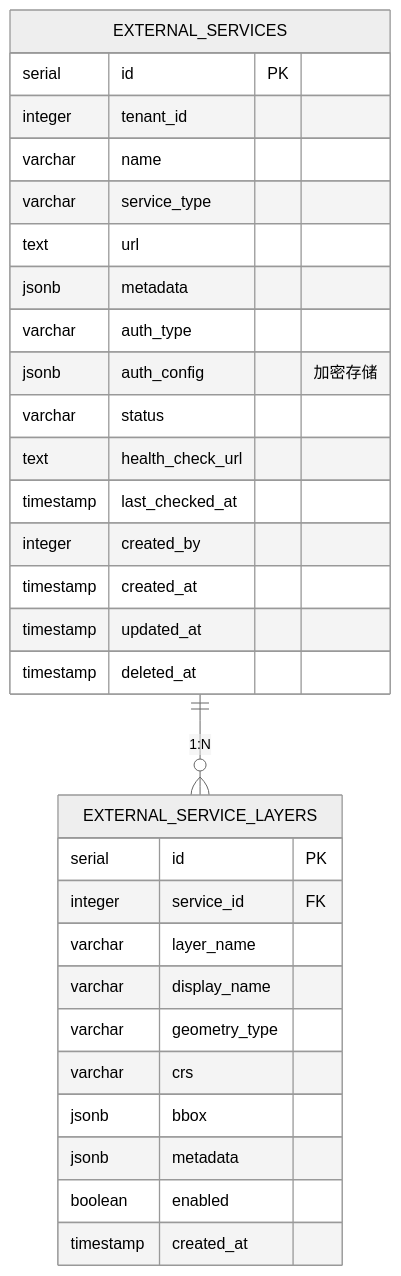
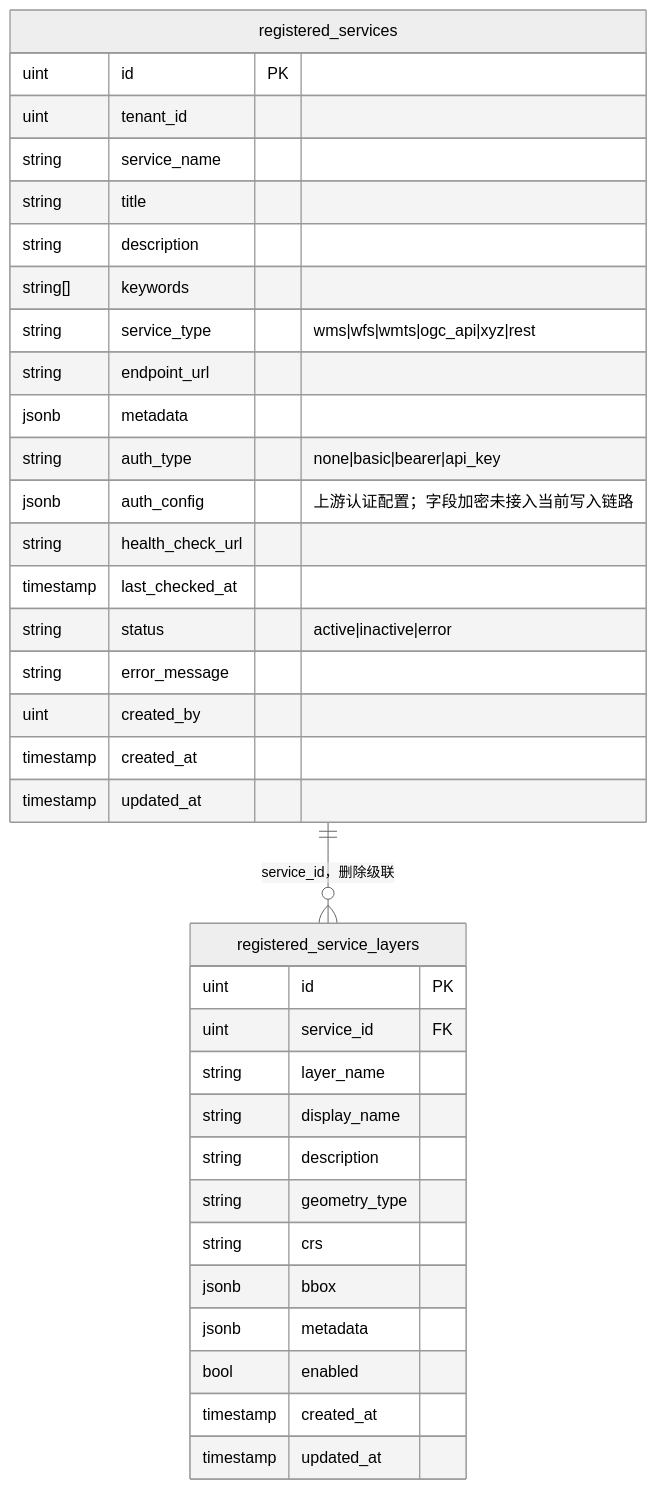
Before and after one commit to pampa0629/addp: the diagram in service/docs/数据库架构.md, drawn with Mermaid (neutral theme). The commit also changed other lines of this file and 149 other files, not shown here.

````diff
--- a/service/docs/数据库架构.md
+++ b/service/docs/数据库架构.md
@@ -29,35 +31,40 @@
 ```mermaid
 erDiagram
-    EXTERNAL_SERVICES ||--o{ EXTERNAL_SERVICE_LAYERS : "1:N"
+    registered_services ||--o{ registered_service_layers : "service_id，删除级联"
 
-    EXTERNAL_SERVICES {
-        serial id PK
-        integer tenant_id
-        varchar name
-        varchar service_type
-        text url
+    registered_services {
+        uint id PK
+        uint tenant_id
+        string service_name
+        string title
+        string description
+        string[] keywords
+        string service_type "wms|wfs|wmts|ogc_api|xyz|rest"
+        string endpoint_url
         jsonb metadata
-        varchar auth_type
-        jsonb auth_config "加密存储"
-        varchar status
-        text health_check_url
+        string auth_type "none|basic|bearer|api_key"
+        jsonb auth_config "上游认证配置；字段加密未接入当前写入链路"
+        string health_check_url
         timestamp last_checked_at
-        integer created_by
+        string status "active|inactive|error"
+        string error_message
+        uint created_by
         timestamp created_at
         timestamp updated_at
-        timestamp deleted_at
     }
 
-    EXTERNAL_SERVICE_LAYERS {
-        serial id PK
-        integer service_id FK
-        varchar layer_name
-        varchar display_name
-        varchar geometry_type
-        varchar crs
+    registered_service_layers {
+        uint id PK
+        uint service_id FK
+        string layer_name
+        string display_name
+        string description
+        string geometry_type
+        string crs
         jsonb bbox
         jsonb metadata
-        boolean enabled
+        bool enabled
         timestamp created_at
+        timestamp updated_at
     }
 ```
````
